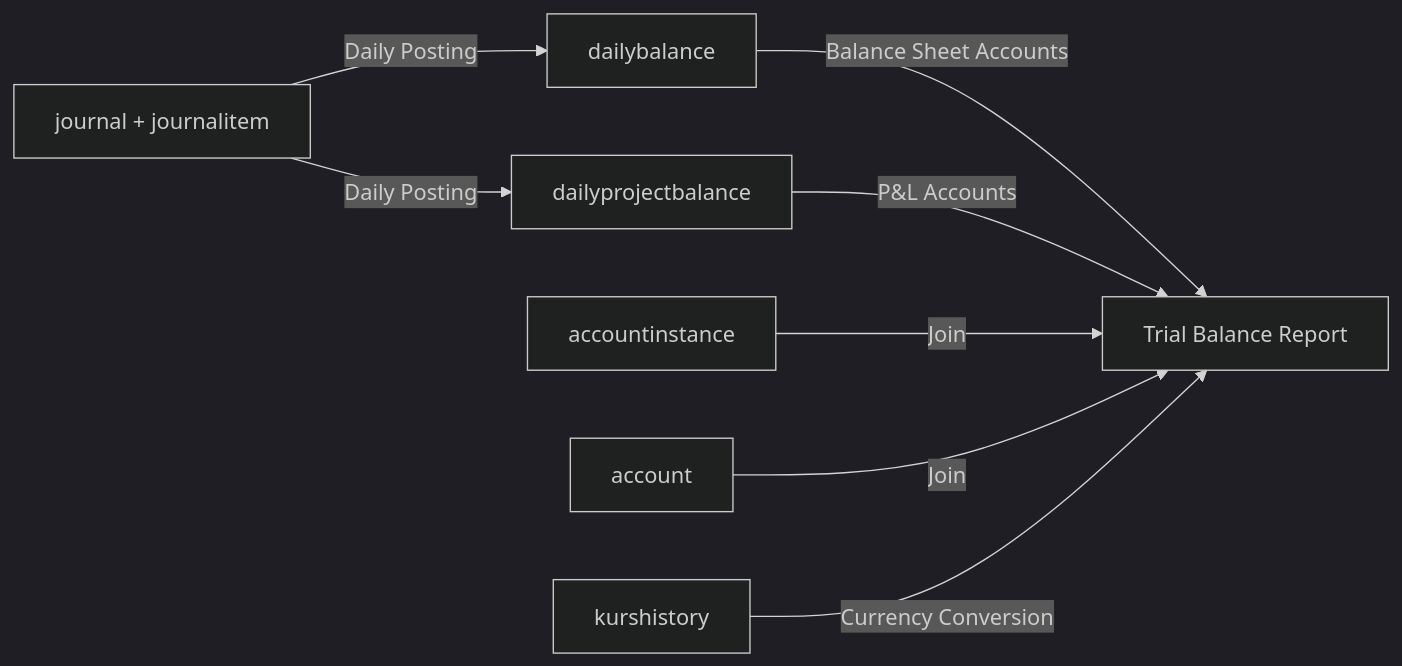
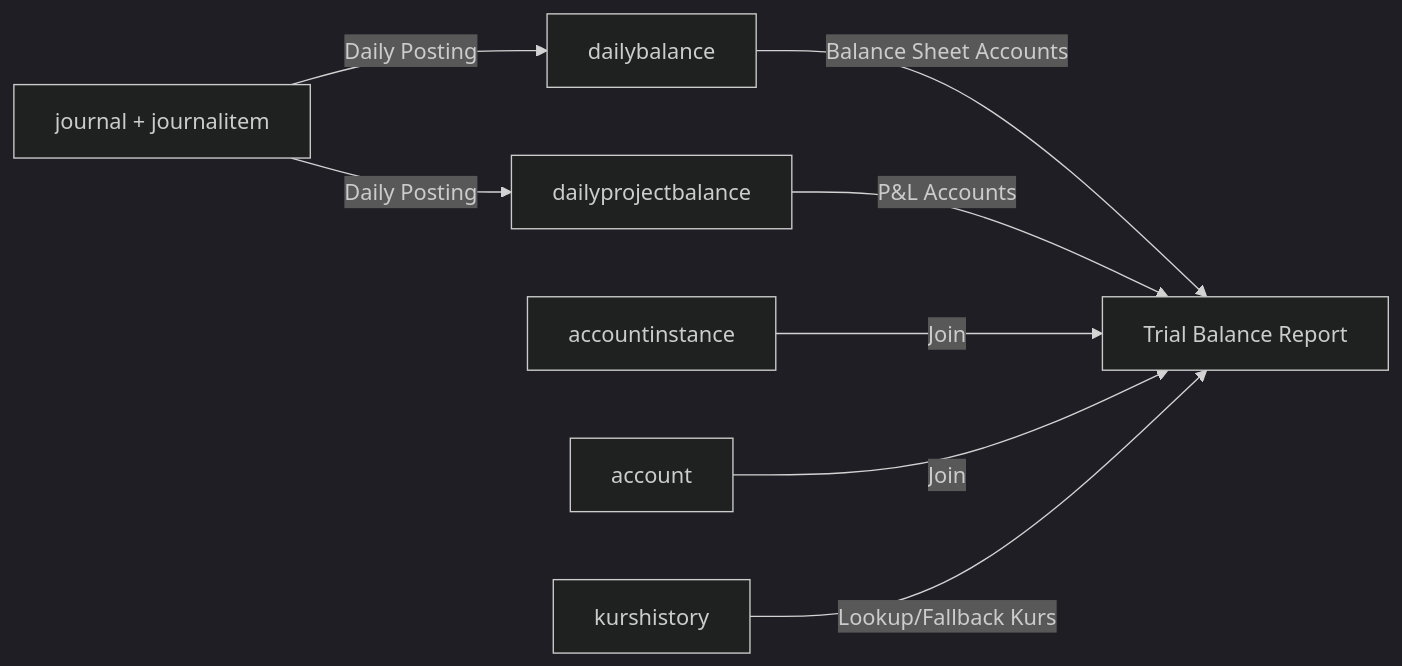
Before and after one commit to wisnu/ibank-docs: the diagram in docs/GL/trial-balance/TSD_trial-balance_report.md, drawn with Mermaid (dark theme). The commit also changed other lines of this file, not shown here.

Commit message:
docs(currency): perbarui sumber valuta dan logika konversi di laporan Trial Balance

````diff
--- a/docs/GL/trial-balance/TSD_trial-balance_report.md
+++ b/docs/GL/trial-balance/TSD_trial-balance_report.md
@@ -1016,10 +1039,10 @@
 ```mermaid
 graph LR
     A[journal + journalitem] -->|Daily Posting| B[dailybalance]
     A -->|Daily Posting| C[dailyprojectbalance]
     B -->|Balance Sheet Accounts| D[Trial Balance Report]
     C -->|P&L Accounts| D
     E[accountinstance] -->|Join| D
     F[account] -->|Join| D
-    G[kurshistory] -->|Currency Conversion| D
+    G[kurshistory] -->|Lookup/Fallback Kurs| D
 ```
````
